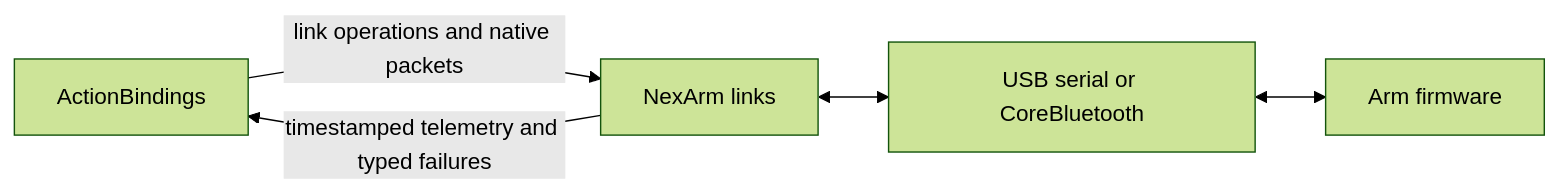
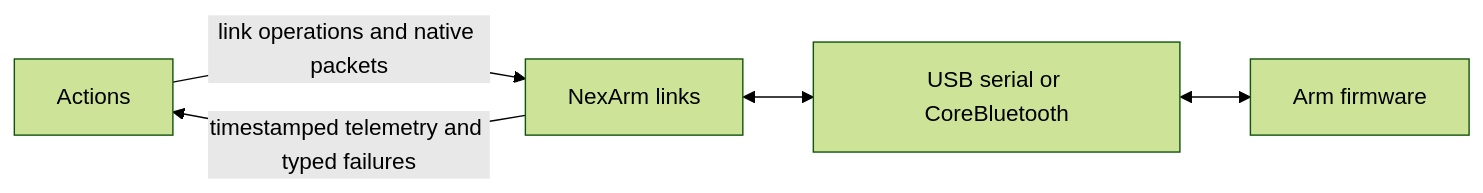
One commit to devilyouwei/MobileHarness changed the diagram in MobileHarness/PlatformKit/Connectivity/NexArm/README.md. Above: the diagram before and after it, drawn with Mermaid (forest theme). The commit also changed other lines of this file and 483 other files, not shown here.

````diff
--- a/MobileHarness/PlatformKit/Connectivity/NexArm/README.md
+++ b/MobileHarness/PlatformKit/Connectivity/NexArm/README.md
@@ -15,7 +15,7 @@
 ```mermaid
 flowchart LR
- Caller[ActionBindings] -->|link operations and native packets| SDK[NexArm links]
+ Caller[Actions] -->|link operations and native packets| SDK[NexArm links]
  SDK <--> Transport[USB serial or CoreBluetooth]
  Transport <--> Firmware[Arm firmware]
  SDK -->|timestamped telemetry and typed failures| Caller
 ```
````
